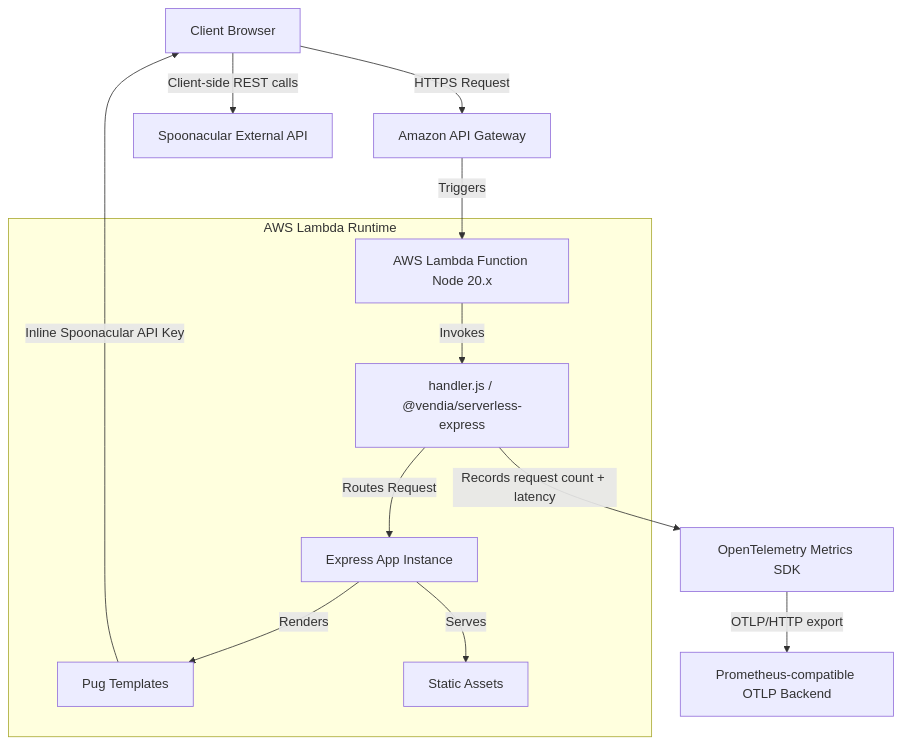
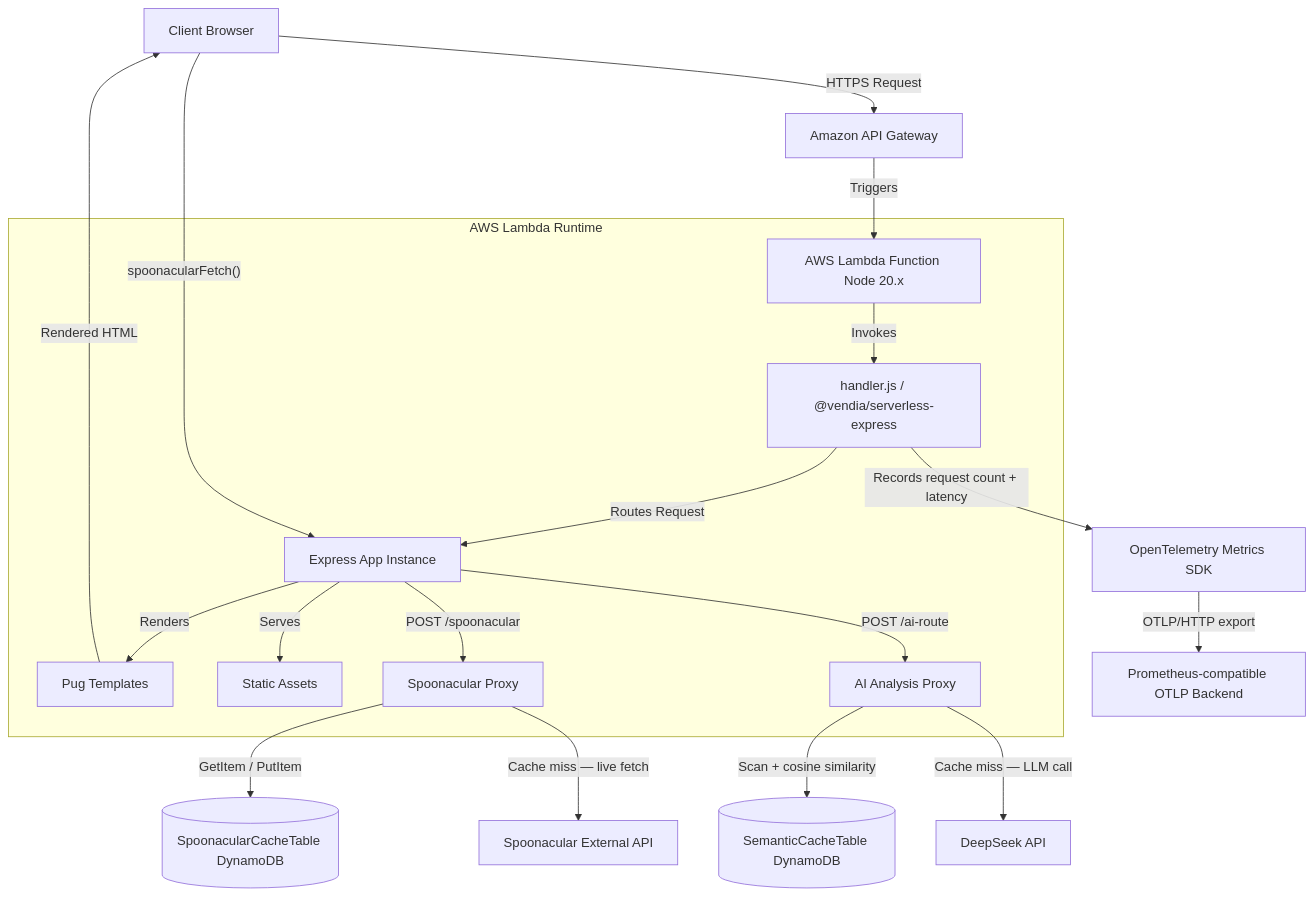
One commit to andresafag/food changed the first of 4 diagrams in README.md. Above: the diagram before and after it, drawn with Mermaid. The commit also changed other lines of this file and 24 other files, not shown here.

````diff
--- a/README.md
+++ b/README.md
@@ -76,17 +70,26 @@
 ```mermaid
 graph TD
     Client[Client Browser] -->|HTTPS Request| APIGateway[Amazon API Gateway]
     APIGateway -->|Triggers| Lambda[AWS Lambda Function Node 20.x]
 
     subgraph "AWS Lambda Runtime"
         Lambda -->|Invokes| Handler["handler.js / @vendia/serverless-express"]
         Handler -->|Routes Request| Express[Express App Instance]
         Express -->|Renders| Views[Pug Templates]
         Express -->|Serves| Static[Static Assets]
+        Express -->|"POST /spoonacular"| SpoonProxy[Spoonacular Proxy]
+        Express -->|"POST /ai-route"| AIProxy[AI Analysis Proxy]
     end
 
-    Views -->|"Inline Spoonacular API Key"| Client
-    Client -->|"Client-side REST calls"| Spoonacular[Spoonacular External API]
+    Views -->|Rendered HTML| Client
+    Client -->|"spoonacularFetch()"| Express
+
+    SpoonProxy -->|GetItem / PutItem| SpoonCache[(SpoonacularCacheTable DynamoDB)]
+    SpoonProxy -->|Cache miss — live fetch| Spoonacular[Spoonacular External API]
+
+    AIProxy -->|Scan + cosine similarity| SemanticCache[(SemanticCacheTable DynamoDB)]
+    AIProxy -->|Cache miss — LLM call| DeepSeek[DeepSeek API]
+
     Handler -->|"Records request count + latency"| OTEL[OpenTelemetry Metrics SDK]
     OTEL -->|"OTLP/HTTP export"| Backend[Prometheus-compatible OTLP Backend]
 ```
````
